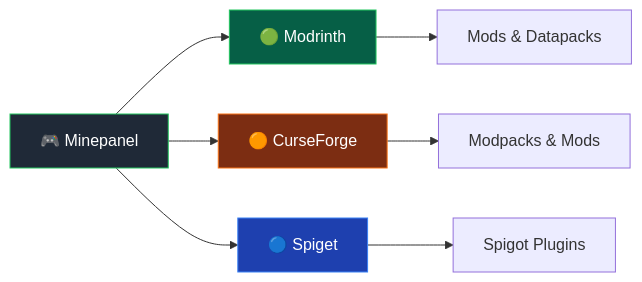
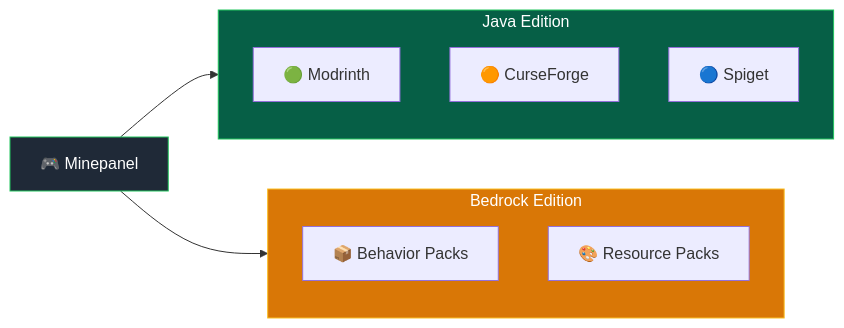
One commit to Ketbome/minepanel changed the diagram in doc/mods-plugins.md. Above: the diagram before and after it, drawn with Mermaid. The commit also changed other lines of this file and 15 other files, not shown here.

````diff
--- a/doc/mods-plugins.md
+++ b/doc/mods-plugins.md
@@ -23,15 +26,20 @@
 ```mermaid
 flowchart LR
-    MP["🎮 Minepanel"] --> MR["🟢 Modrinth"]
-    MP --> CF["🟠 CurseForge"]
-    MP --> SP["🔵 Spiget"]
+    subgraph Java["Java Edition"]
+        MR["🟢 Modrinth"]
+        CF["🟠 CurseForge"]
+        SP["🔵 Spiget"]
+    end
 
-    MR --> Mods["Mods & Datapacks"]
-    CF --> Modpacks["Modpacks & Mods"]
-    SP --> Plugins["Spigot Plugins"]
+    subgraph Bedrock["Bedrock Edition"]
+        BP["📦 Behavior Packs"]
+        RP["🎨 Resource Packs"]
+    end
+
+    MP["🎮 Minepanel"] --> Java
+    MP --> Bedrock
 
     style MP fill:#1f2937,stroke:#22c55e,color:#fff
-    style MR fill:#065f46,stroke:#22c55e,color:#fff
-    style CF fill:#7c2d12,stroke:#f97316,color:#fff
-    style SP fill:#1e40af,stroke:#3b82f6,color:#fff
+    style Java fill:#065f46,stroke:#22c55e,color:#fff
+    style Bedrock fill:#d97706,stroke:#fbbf24,color:#fff
 ```
````
